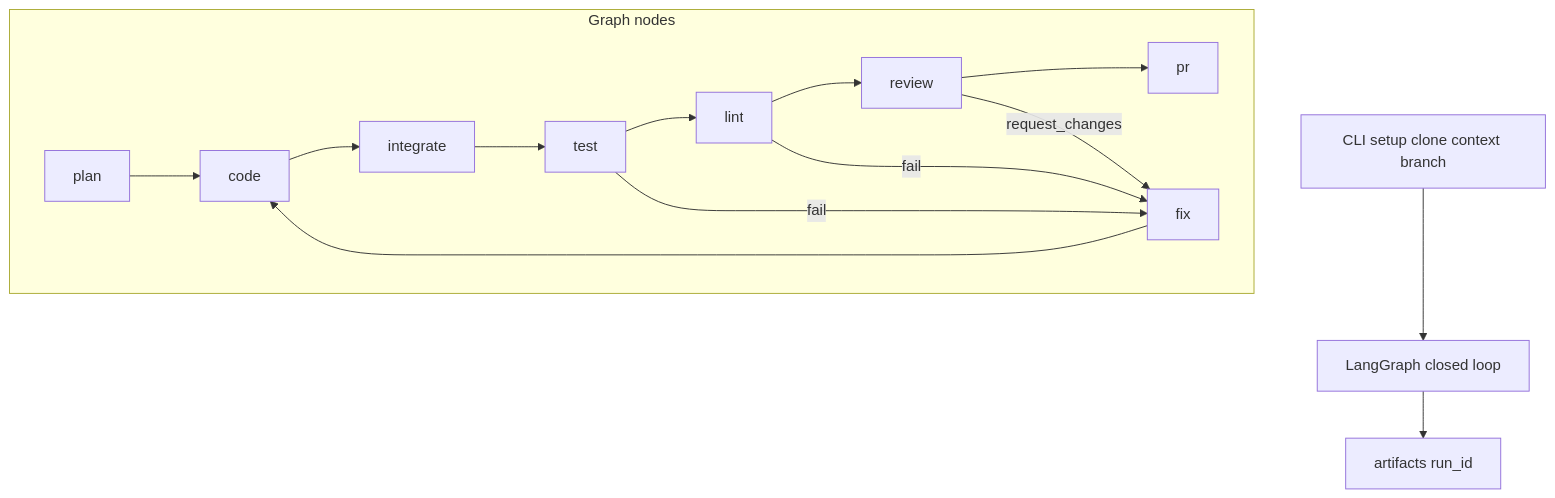
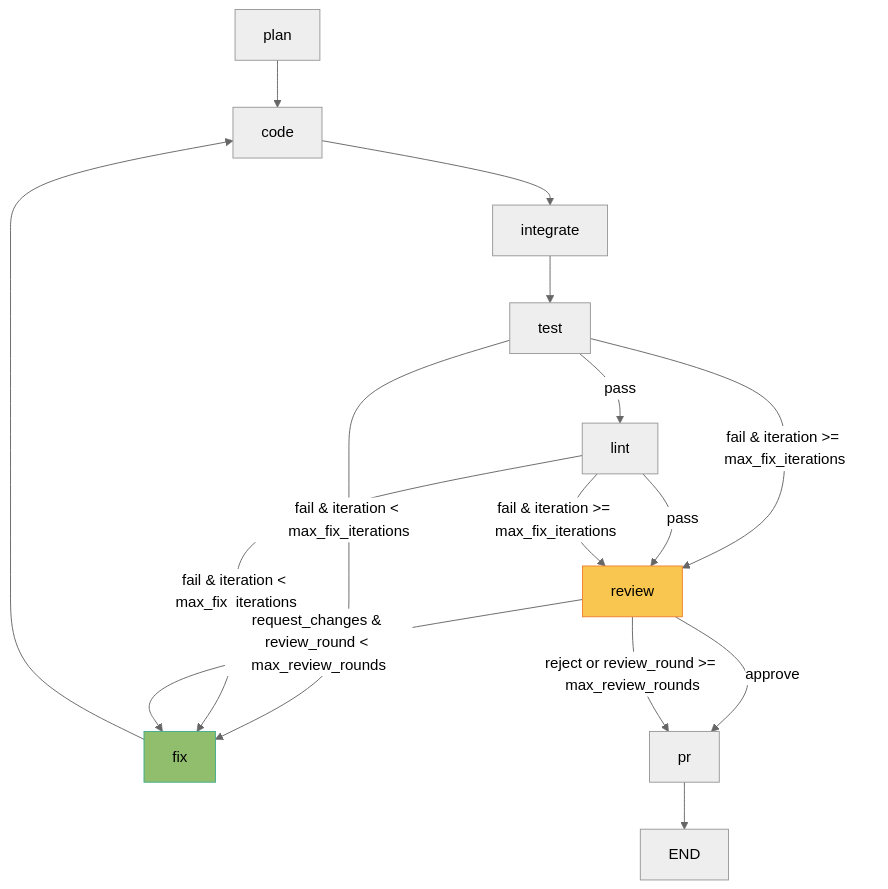
Before and after one commit to DarshanCode2005/Go-PR-Bot: the first of 2 diagrams in README.md, drawn with Mermaid. The commit also changed other lines of this file, not shown here.

Commit message:
include the closed loop architecture mermaid diagram

````diff
--- a/README.md
+++ b/README.md
@@ -154,14 +154,19 @@
 ```mermaid
-flowchart TB
-  cli[CLI setup clone context branch]
-  lgLoop[LangGraph closed loop]
-  out[artifacts run_id]
-  cli --> lgLoop --> out
-  subgraph graphNodes [Graph nodes]
-    plan[plan] --> code[code] --> integrate[integrate]
-    integrate --> test[test] --> lint[lint] --> review[review] --> pr[pr]
-    test -->|fail| fix[fix] --> code
-    lint -->|fail| fix
-    review -->|request_changes| fix
-  end
+%%{init: {'theme': 'neutral'}}%%
+flowchart TD
+    plan --> code --> integrate --> test
+    test -->|pass| lint
+    test -->|"fail & iteration < max_fix_iterations"| fix
+    test -->|"fail & iteration >= max_fix_iterations"| review
+    lint -->|pass| review
+    lint -->|"fail & iteration < max_fix_iterations"| fix
+    lint -->|"fail & iteration >= max_fix_iterations"| review
+    fix --> code
+    review -->|approve| pr
+    review -->|"request_changes & review_round < max_review_rounds"| fix
+    review -->|"reject or review_round >= max_review_rounds"| pr
+    pr --> END["END"]
+
+    style review fill:#f9c74f,stroke:#f08030
+    style fix fill:#90be6d,stroke:#43aa8b
 ```
````
